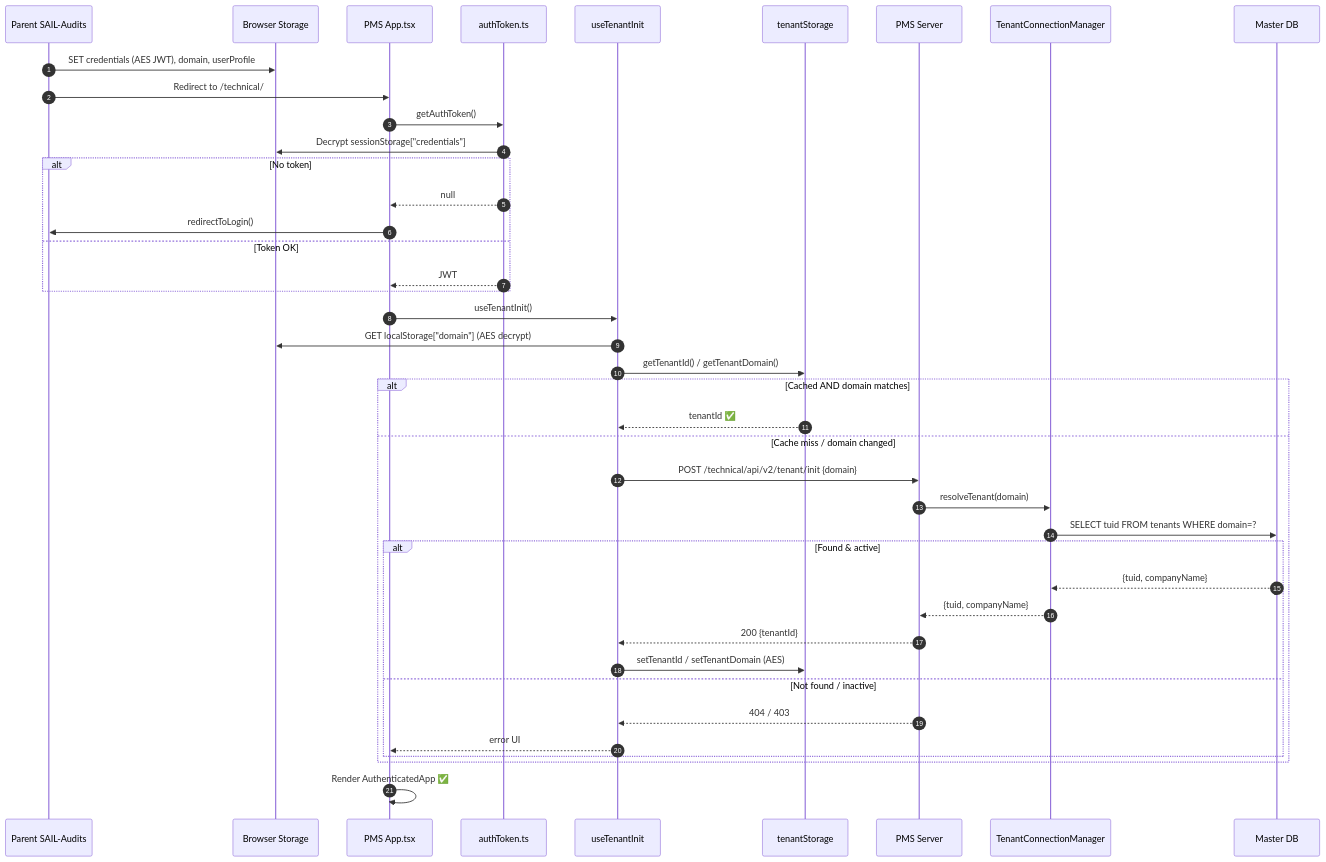
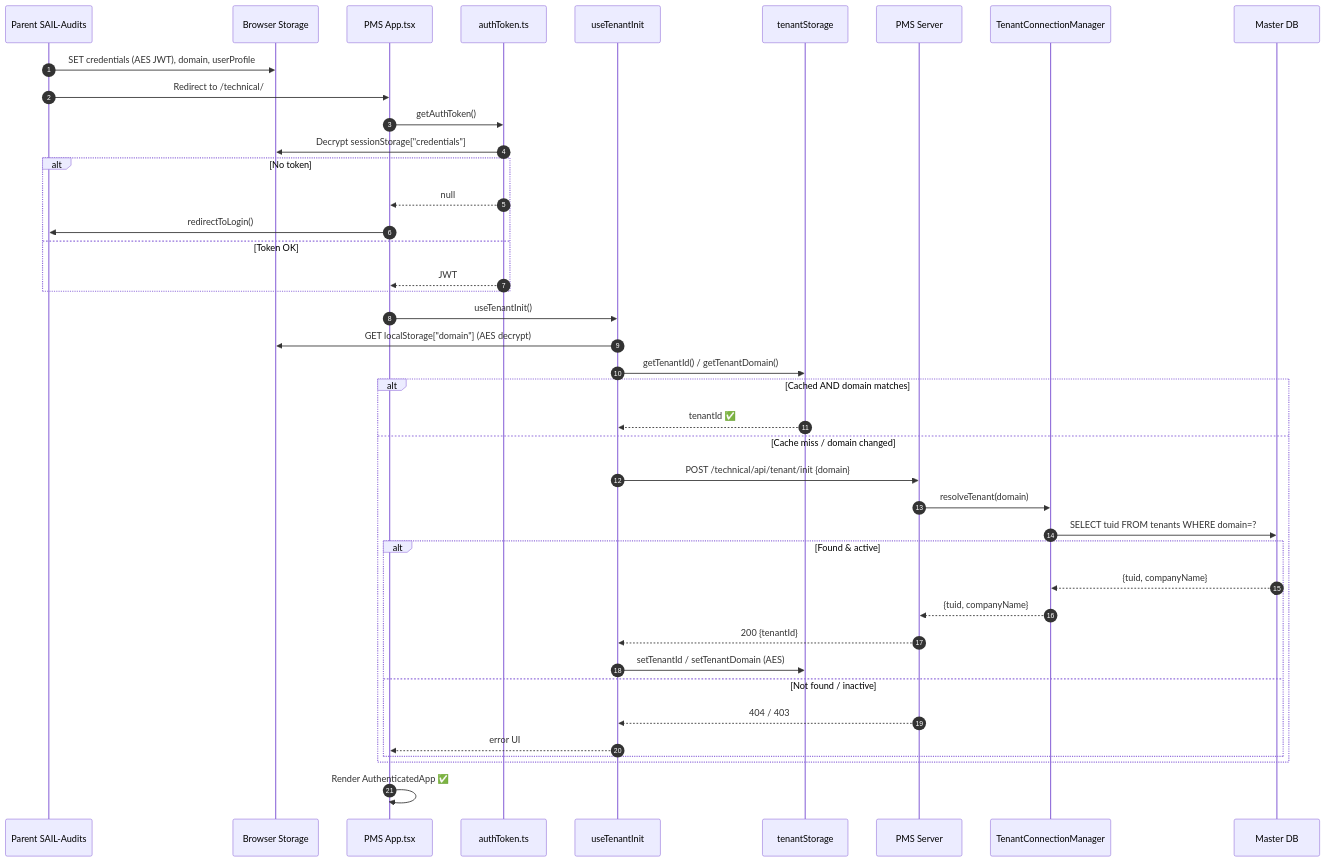
Before and after one commit to safe-lanes/TechnicalMoudle: the third of 7 diagrams in docs/V2-Multi-Tenant-Approach.md, drawn with Mermaid. The commit also changed other lines of this file and 5 other files, not shown here.

First line of the commit message:
Update multi-tenant documentation to reflect API path changes

````diff
--- a/docs/V2-Multi-Tenant-Approach.md
+++ b/docs/V2-Multi-Tenant-Approach.md
@@ -143,47 +143,47 @@
 ```mermaid
 sequenceDiagram
     autonumber
     participant Parent as Parent SAIL-Audits
     participant Browser as Browser Storage
     participant App as PMS App.tsx
     participant Auth as authToken.ts
     participant Hook as useTenantInit
     participant TStore as tenantStorage
     participant Server as PMS Server
     participant TCM as TenantConnectionManager
     participant Master as Master DB
 
     Parent->>Browser: SET credentials (AES JWT), domain, userProfile
     Parent->>App: Redirect to /technical/
     App->>Auth: getAuthToken()
     Auth->>Browser: Decrypt sessionStorage["credentials"]
     alt No token
         Auth-->>App: null
         App->>Parent: redirectToLogin()
     else Token OK
         Auth-->>App: JWT
     end
 
     App->>Hook: useTenantInit()
     Hook->>Browser: GET localStorage["domain"] (AES decrypt)
     Hook->>TStore: getTenantId() / getTenantDomain()
 
     alt Cached AND domain matches
         TStore-->>Hook: tenantId ✅
     else Cache miss / domain changed
-        Hook->>Server: POST /technical/api/v2/tenant/init {domain}
+        Hook->>Server: POST /technical/api/tenant/init {domain}
         Server->>TCM: resolveTenant(domain)
         TCM->>Master: SELECT tuid FROM tenants WHERE domain=?
         alt Found & active
             Master-->>TCM: {tuid, companyName}
             TCM-->>Server: {tuid, companyName}
             Server-->>Hook: 200 {tenantId}
             Hook->>TStore: setTenantId / setTenantDomain (AES)
         else Not found / inactive
             Server-->>Hook: 404 / 403
             Hook-->>App: error UI
         end
     end
 
     App->>App: Render AuthenticatedApp ✅
 ```
````
